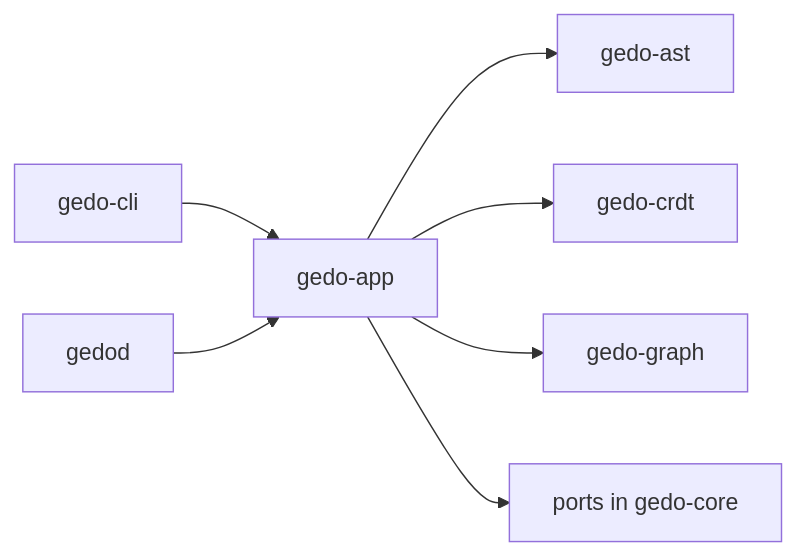
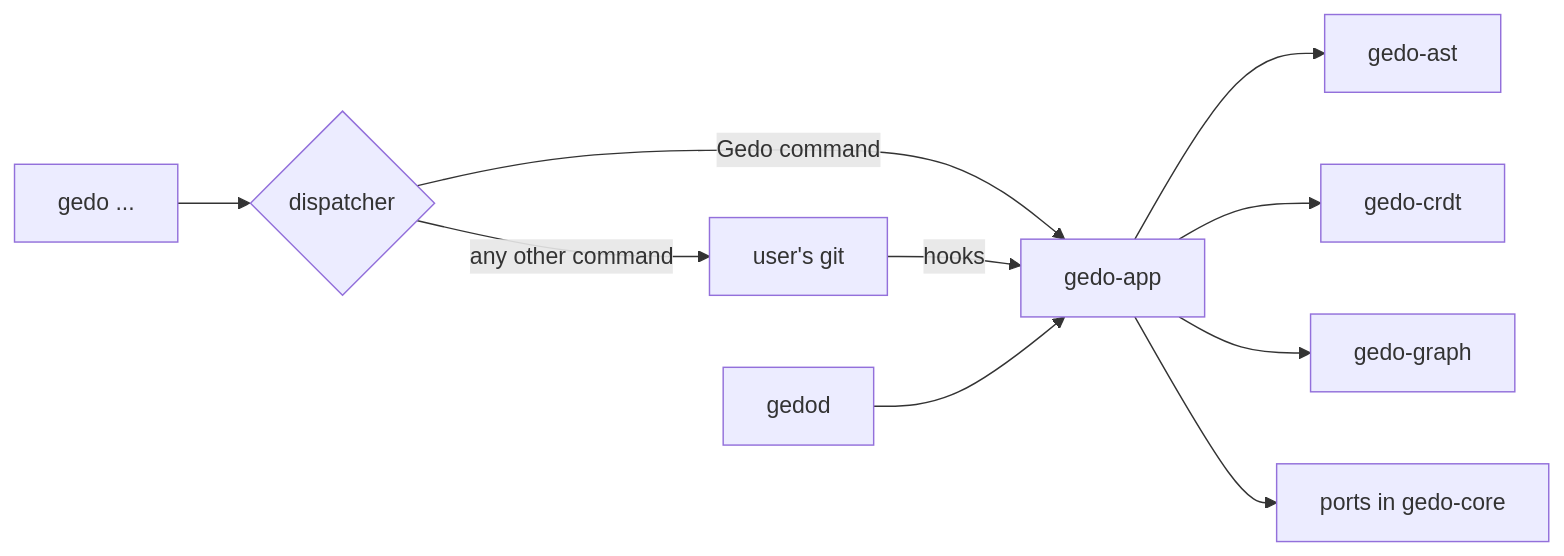
Before and after one commit to Levix-Digital/gedo: the diagram in docs/architecture/surfaces.md, drawn with Mermaid. The commit also changed other lines of this file and 6 other files, not shown here.

Commit message:
docs: git command pass-through, hook augmentation and gedo trace

````diff
--- a/docs/architecture/surfaces.md
+++ b/docs/architecture/surfaces.md
@@ -20,9 +21,12 @@
 ```mermaid
 flowchart LR
-    CLI[gedo-cli] --> App[gedo-app]
+    User[gedo ...] --> Disp{dispatcher}
+    Disp -- Gedo command --> App[gedo-app]
+    Disp -- any other command --> Git[user's git]
+    Git -- hooks --> App
     Daemon[gedod] --> App
     App --> AST[gedo-ast]
     App --> CRDT[gedo-crdt]
     App --> Graph[gedo-graph]
     App --> Ports[ports in gedo-core]
 ```
````
